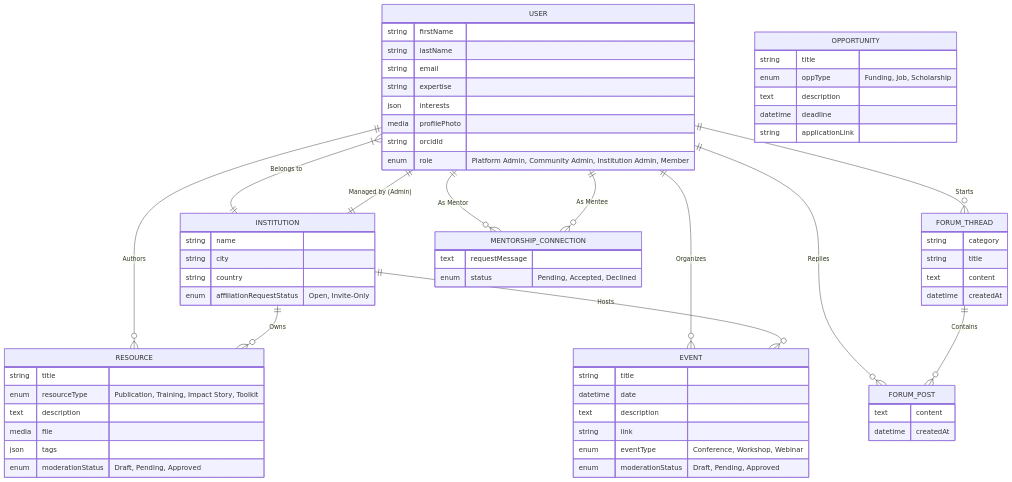
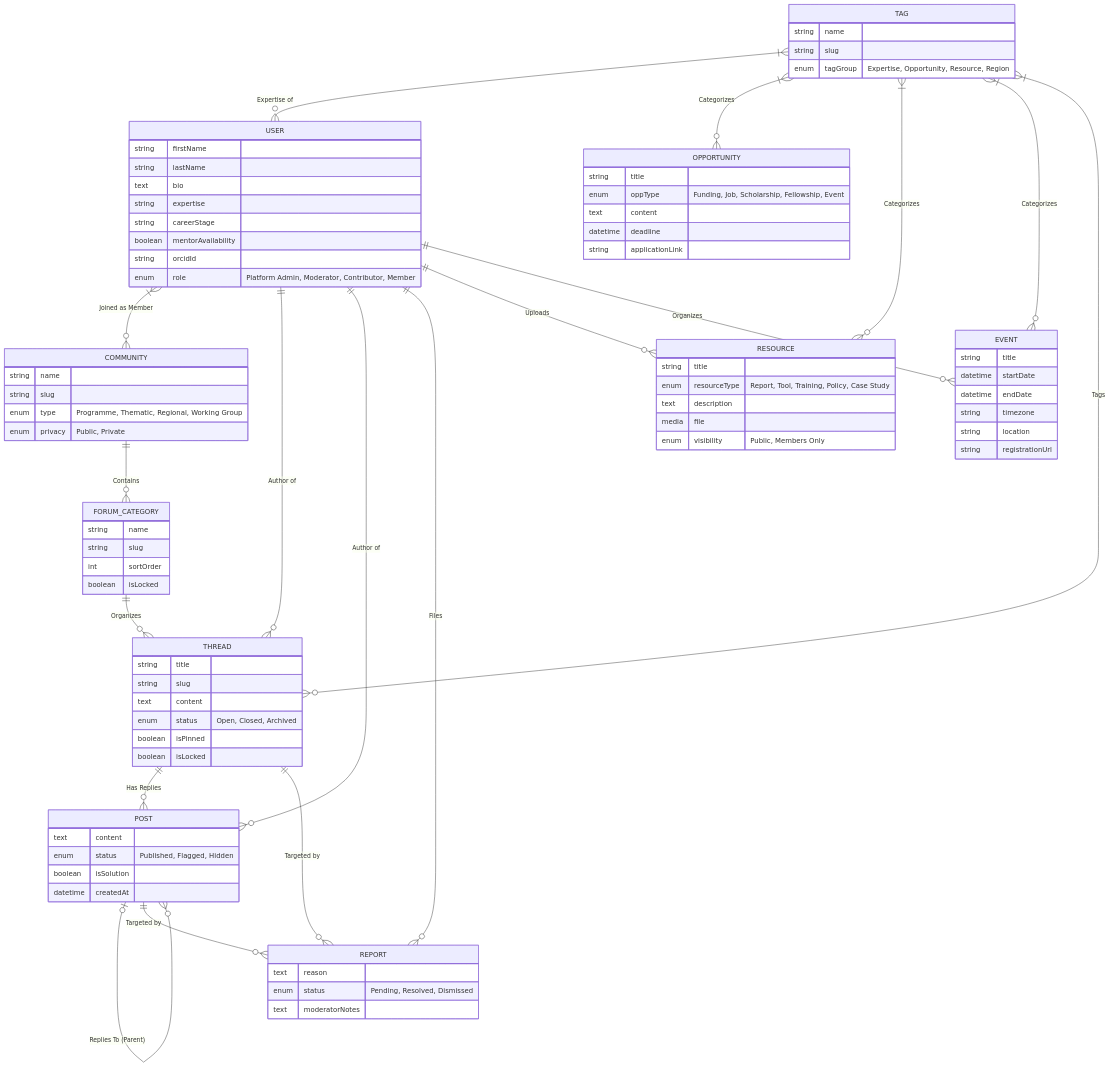
One commit to akvo/science-for-africa changed the diagram in agent_docs/architecture.md. Above: the diagram before and after it, drawn with Mermaid. The commit also changed other lines of this file and 2 other files, not shown here.

Commit message:
[#2] feat(docs): update BMAD data model to include Forum/Community features based on Google Docs

````diff
--- a/agent_docs/architecture.md
+++ b/agent_docs/architecture.md
@@ -12,83 +12,109 @@
 ```mermaid
 erDiagram
-    %% Core Users & Organizations
+    %% Core Users & General Taxonomy
     USER {
         string firstName
         string lastName
-        string email
+        text bio
         string expertise
-        json interests
-        media profilePhoto
+        string careerStage
+        boolean mentorAvailability
         string orcidId
-        enum role "Platform Admin, Community Admin, Institution Admin, Member"
+        enum role "Platform Admin, Moderator, Contributor, Member"
     }
 
-    INSTITUTION {
+    TAG {
         string name
-        string city
-        string country
-        enum affiliationRequestStatus "Open, Invite-Only"
+        string slug
+        enum tagGroup "Expertise, Opportunity, Resource, Region"
+    }
+
+    %% Community & Hierarchical Forums
+    COMMUNITY {
+        string name
+        string slug
+        enum type "Programme, Thematic, Regional, Working Group"
+        enum privacy "Public, Private"
+    }
+
+    FORUM_CATEGORY {
+        string name
+        string slug
+        int sortOrder
+        boolean isLocked
+    }
+
+    THREAD {
+        string title
+        string slug
+        text content
+        enum status "Open, Closed, Archived"
+        boolean isPinned
+        boolean isLocked
+    }
+
+    POST {
+        text content
+        enum status "Published, Flagged, Hidden"
+        boolean isSolution
+        datetime createdAt
+    }
+
+    REPORT {
+        text reason
+        enum status "Pending, Resolved, Dismissed"
+        text moderatorNotes
     }
 
     %% Content Types
     RESOURCE {
         string title
-        enum resourceType "Publication, Training, Impact Story, Toolkit"
+        enum resourceType "Report, Tool, Training, Policy, Case Study"
         text description
         media file
-        json tags
-        enum moderationStatus "Draft, Pending, Approved"
+        enum visibility "Public, Members Only"
     }
 
     OPPORTUNITY {
         string title
-        enum oppType "Funding, Job, Scholarship"
-        text description
+        enum oppType "Funding, Job, Scholarship, Fellowship, Event"
+        text content
         datetime deadline
         string applicationLink
     }
 
     EVENT {
         string title
-        datetime date
-        text description
-        string link
-        enum eventType "Conference, Workshop, Webinar"
-        enum moderationStatus "Draft, Pending, Approved"
+        datetime startDate
+        datetime endDate
+        string timezone
+        string location
+        string registrationUrl
     }
 
-    %% Community & Interaction
-    FORUM_THREAD {
-        string category
-        string title
-        text content
-        datetime createdAt
-    }
+    %% Relationships - Forums
+    USER }|--o{ COMMUNITY : "Joined as Member"
+    COMMUNITY ||--o{ FORUM_CATEGORY : "Contains"
+    FORUM_CATEGORY ||--o{ THREAD : "Organizes"
+    THREAD ||--o{ POST : "Has Replies"
+    POST |o--o{ POST : "Replies To (Parent)"
 
-    FORUM_POST {
-        text content
-        datetime createdAt
-    }
+    USER ||--o{ THREAD : "Author of"
+    USER ||--o{ POST : "Author of"
 
-    MENTORSHIP_CONNECTION {
-        text requestMessage
-        enum status "Pending, Accepted, Declined"
-    }
+    %% Relationships - Moderation
+    USER ||--o{ REPORT : "Files"
+    POST ||--o{ REPORT : "Targeted by"
+    THREAD ||--o{ REPORT : "Targeted by"
 
-    %% Relationships
-    USER }|--|| INSTITUTION : "Belongs to"
-    INSTITUTION ||--|| USER : "Managed by (Admin)"
+    %% Relationships - Resources & Opps
+    USER ||--o{ RESOURCE : "Uploads"
+    USER ||--o{ EVENT : "Organizes"
 
-    USER ||--o{ RESOURCE : "Authors"
-    INSTITUTION ||--o{ RESOURCE : "Owns"
-
-    USER ||--o{ EVENT : "Organizes"
-    INSTITUTION ||--o{ EVENT : "Hosts"
-
-    USER ||--o{ FORUM_THREAD : "Starts"
-    USER ||--o{ FORUM_POST : "Replies"
-    FORUM_THREAD ||--o{ FORUM_POST : "Contains"
-
-    USER ||--o{ MENTORSHIP_CONNECTION : "As Mentor"
-    USER ||--o{ MENTORSHIP_CONNECTION : "As Mentee"
+    %% Taxonomy Links
+    TAG }|--o{ USER : "Expertise of"
+    TAG }|--o{ OPPORTUNITY : "Categorizes"
+    TAG }|--o{ RESOURCE : "Categorizes"
+    TAG }|--o{ EVENT : "Categorizes"
+    TAG }|--o{ THREAD : "Tags"
 ```
````
